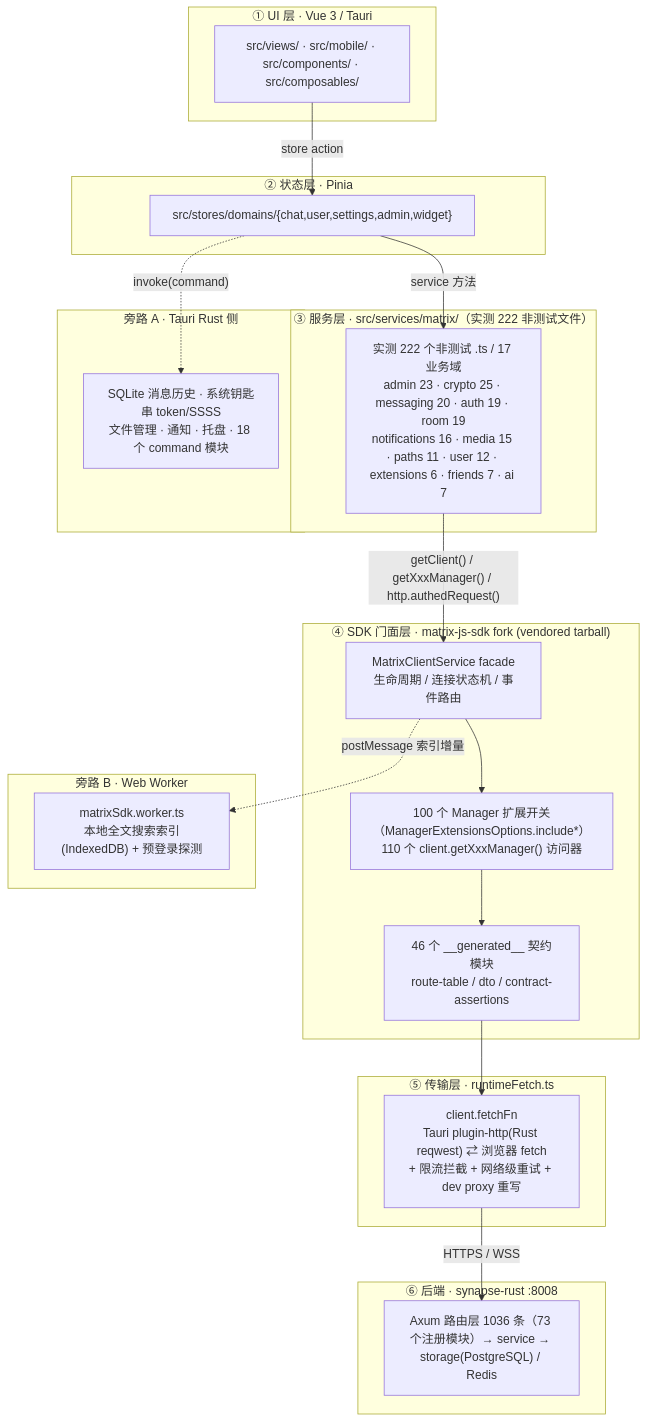
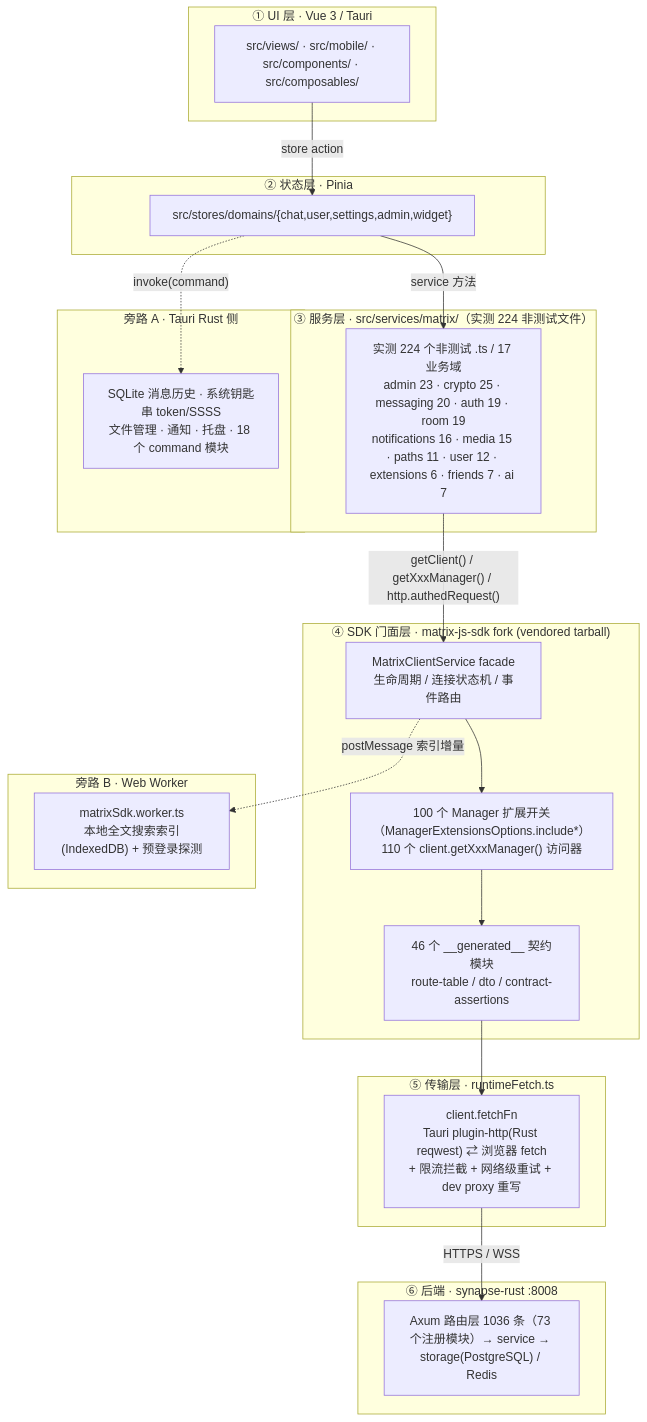
The first of 4 diagrams in docs/Tjg-SDK-集成架构与能力图谱-2026-10-08.md (langkebo/hula), drawn with Mermaid before and after one commit. The commit also changed other lines of this file and 27 other files, not shown here.

````diff
--- a/docs/Tjg-SDK-集成架构与能力图谱-2026-10-08.md
+++ b/docs/Tjg-SDK-集成架构与能力图谱-2026-10-08.md
@@ -32,47 +32,47 @@
 ```mermaid
 flowchart TB
     subgraph L1["① UI 层 · Vue 3 / Tauri"]
         UI["src/views/ · src/mobile/ · src/components/ · src/composables/"]
     end
 
     subgraph L2["② 状态层 · Pinia"]
         ST["src/stores/domains/{chat,user,settings,admin,widget}"]
     end
 
-    subgraph L3["③ 服务层 · src/services/matrix/（实测 222 非测试文件）"]
-        SV["实测 222 个非测试 .ts / 17 业务域<br/>admin 23 · crypto 25 · messaging 20 · auth 19 · room 19<br/>notifications 16 · media 15 · paths 11 · user 12 · extensions 6 · friends 7 · ai 7"]
+    subgraph L3["③ 服务层 · src/services/matrix/（实测 224 非测试文件）"]
+        SV["实测 224 个非测试 .ts / 17 业务域<br/>admin 23 · crypto 25 · messaging 20 · auth 19 · room 19<br/>notifications 16 · media 15 · paths 11 · user 12 · extensions 6 · friends 7 · ai 7"]
     end
 
     subgraph L4["④ SDK 门面层 · matrix-js-sdk fork (vendored tarball)"]
         SDK1["MatrixClientService facade<br/>生命周期 / 连接状态机 / 事件路由"]
         SDK2["100 个 Manager 扩展开关（ManagerExtensionsOptions.include*）<br/>110 个 client.getXxxManager() 访问器"]
         SDK3["46 个 __generated__ 契约模块<br/>route-table / dto / contract-assertions"]
     end
 
     subgraph L5["⑤ 传输层 · runtimeFetch.ts"]
         NET["client.fetchFn<br/>Tauri plugin-http(Rust reqwest) ⇄ 浏览器 fetch<br/>+ 限流拦截 + 网络级重试 + dev proxy 重写"]
     end
 
     subgraph L6["⑥ 后端 · synapse-rust :8008"]
         BE["Axum 路由层 1036 条（73 个注册模块）→ service → storage(PostgreSQL) / Redis"]
     end
 
     UI -->|"store action"| ST
     ST -->|"service 方法"| SV
     SV -->|"getClient() / getXxxManager() / http.authedRequest()"| SDK1
     SDK1 --> SDK2
     SDK2 --> SDK3
     SDK3 --> NET
     NET -->|"HTTPS / WSS"| BE
 
     subgraph SIDE1["旁路 A · Tauri Rust 侧"]
         TAURI["SQLite 消息历史 · 系统钥匙串 token/SSSS<br/>文件管理 · 通知 · 托盘 · 18 个 command 模块"]
     end
 
     subgraph SIDE2["旁路 B · Web Worker"]
         WK["matrixSdk.worker.ts<br/>本地全文搜索索引(IndexedDB) + 预登录探测"]
     end
 
     ST -.->|"invoke(command)"| TAURI
     SDK1 -.->|"postMessage 索引增量"| WK
 ```
````
